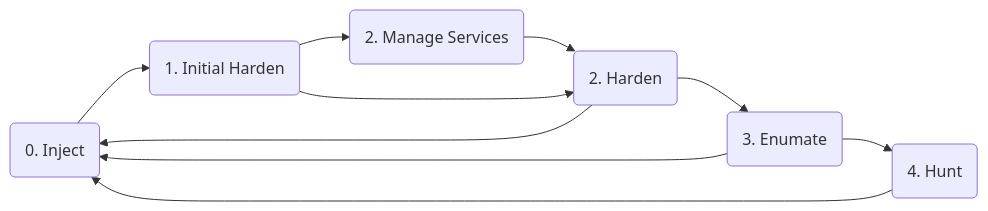
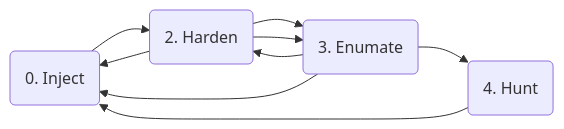
The second of 2 diagrams in playbook/README.md (xnorkl/cyberdefenseclub), drawn with Mermaid before and after one commit. The commit also changed other lines of this file, not shown here.

Commit message:
playbook/README.md updated from https://stackedit.io/

````diff
--- a/playbook/README.md
+++ b/playbook/README.md
@@ -44,14 +44,13 @@
  ```mermaid
 graph LR
 
-A(0. Inject) --> E(1. Initial Harden)
-E --> F(2. Manage Services)
-F --> B(2. Harden)
+A(0. Inject) --> B(1. Initial Harden)
+B --> C(2. Services)
+C --> B(2. Harden)
 B --> C(3. Enumate)
 C --> D(4. Hunt)
-E --> B
 B --> A
 C --> A
 D --> A
 
 ```
````
